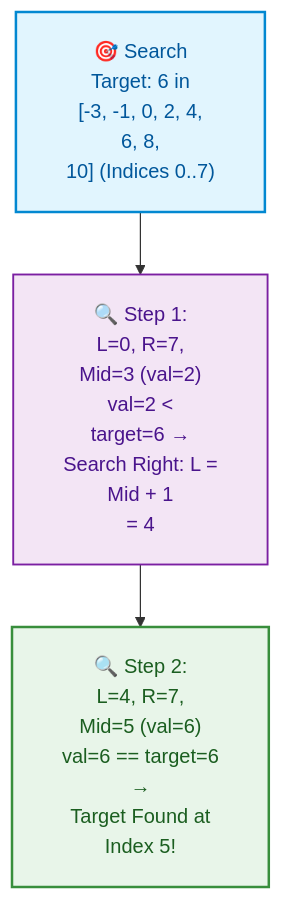
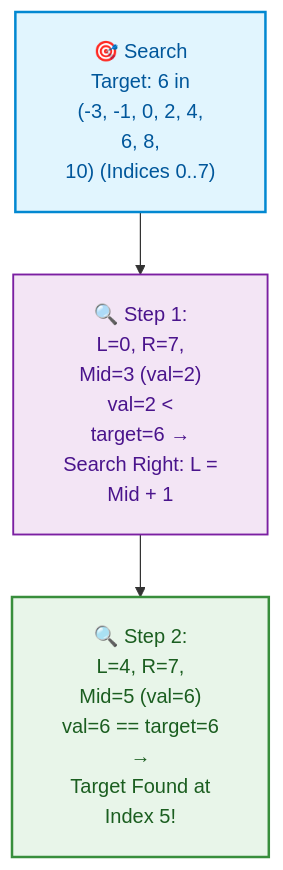
One commit to dip4k/DSA_102 changed the sixth of 6 diagrams in week_04_core_problem_solving_patterns_i/Week_04_Visual_Concepts_Playbook_HYBRID.md. Above: the diagram before and after it, drawn with Mermaid. The commit also changed other lines of this file and 147 other files, not shown here.

First line of the commit message:
feat(curriculum): enrich Weeks 01-19 instructional modules & resolve repository-wide Mermaid cutoff

````diff
--- a/week_04_core_problem_solving_patterns_i/Week_04_Visual_Concepts_Playbook_HYBRID.md
+++ b/week_04_core_problem_solving_patterns_i/Week_04_Visual_Concepts_Playbook_HYBRID.md
@@ -573,11 +573,11 @@
 ```mermaid
 %%{init: {"flowchart": {"htmlLabels": true, "padding": 20}, "themeCSS": "foreignObject { overflow: visible !important; }"}}%%
 flowchart TD
-    classDef init fill:#e1f5fe,stroke:#0288d1,color:#01579b,stroke-width:2px;
-    classDef step fill:#f3e5f5,stroke:#7b1fa2,color:#4a148c,stroke-width:1.5px;
-    classDef found fill:#e8f5e9,stroke:#388e3c,color:#1b5e20,stroke-width:2px;
+    classDef init fill:#e1f5fe,stroke:#0288d1,color:#01579b,stroke-width:2px
+    classDef step fill:#f3e5f5,stroke:#7b1fa2,color:#4a148c,stroke-width:1.5px
+    classDef found fill:#e8f5e9,stroke:#388e3c,color:#1b5e20,stroke-width:2px
 
-    R["🎯 Search<br/>Target: 6 in<br/>[-3, -1, 0, 2, 4,<br/>6, 8,<br/>10] (Indices 0..7)"]:::init
-    R --> S1["🔍 Step 1:<br/>L=0, R=7,<br/>Mid=3 (val=2)<br/>val=2 &lt;<br/>target=6 →<br/>Search Right: L =<br/>Mid + 1<br/>= 4"]:::step
+    R["🎯 Search<br/>Target: 6 in<br/>(-3, -1, 0, 2, 4,<br/>6, 8,<br/>10) (Indices 0..7)"]:::init
+    R --> S1["🔍 Step 1:<br/>L=0, R=7,<br/>Mid=3 (val=2)<br/>val=2 &lt;<br/>target=6 →<br/>Search Right: L =<br/>Mid + 1<br/&ge; 4"]:::step
     S1 --> S2["🔍 Step 2:<br/>L=4, R=7,<br/>Mid=5 (val=6)<br/>val=6 == target=6<br/>→<br/>Target Found at<br/>Index 5!"]:::found
 ```
````
